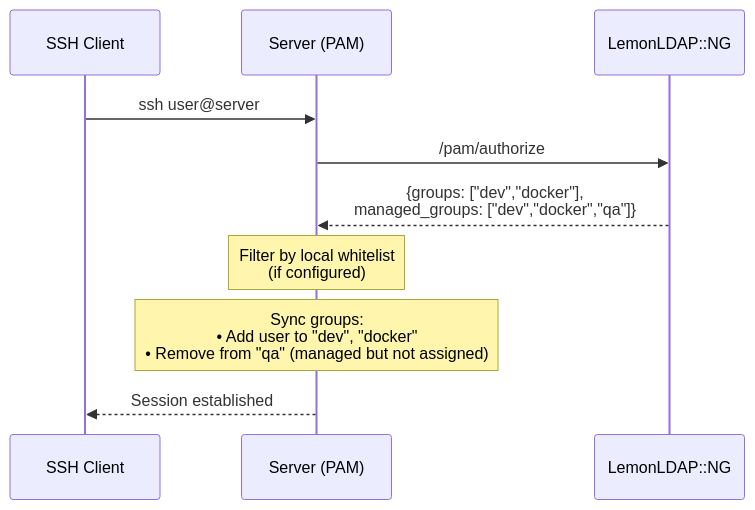
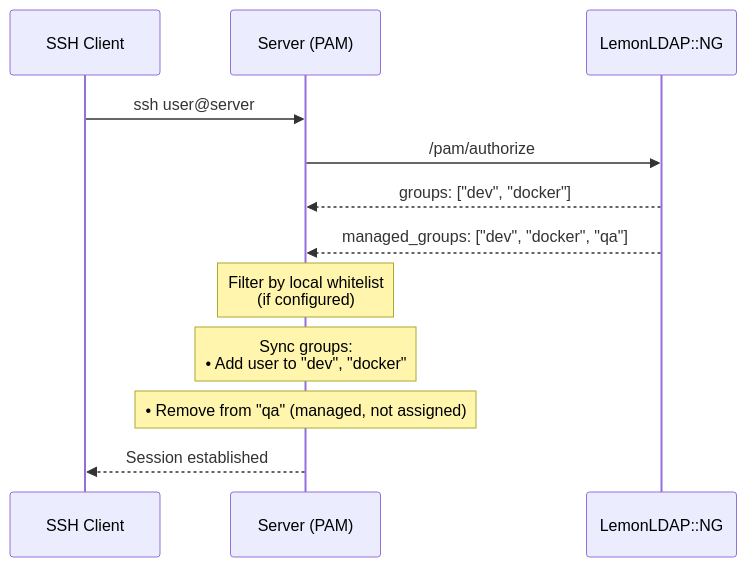
Before and after one commit to linagora/open-bastion: the diagram in doc/deployment/llng-configuration.rst, drawn with Mermaid. The commit also changed other lines of this file and 33 other files, not shown here.

```diff
--- a/doc/deployment/llng-configuration.rst
+++ b/doc/deployment/llng-configuration.rst
@@ -316,13 +398,15 @@
 .. mermaid::
 
    sequenceDiagram
        participant Client as SSH Client
        participant Server as Server (PAM)
        participant LLNG as LemonLDAP::NG
 
        Client->>Server: ssh user@server
        Server->>LLNG: /pam/authorize
-       LLNG-->>Server: {groups: ["dev","docker"],<br/>managed_groups: ["dev","docker","qa"]}
+       LLNG-->>Server: groups: ["dev", "docker"]
+       LLNG-->>Server: managed_groups: ["dev", "docker", "qa"]
        Note over Server: Filter by local whitelist<br/>(if configured)
-       Note over Server: Sync groups:<br/>• Add user to "dev", "docker"<br/>• Remove from "qa" (managed but not assigned)
+       Note over Server: Sync groups:<br/>• Add user to "dev", "docker"
+       Note over Server: • Remove from "qa" (managed, not assigned)
        Server-->>Client: Session established
```
